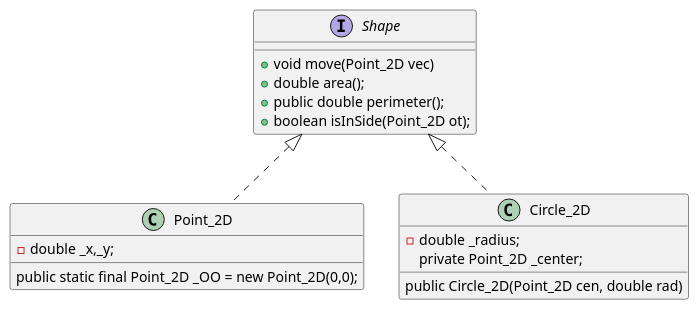
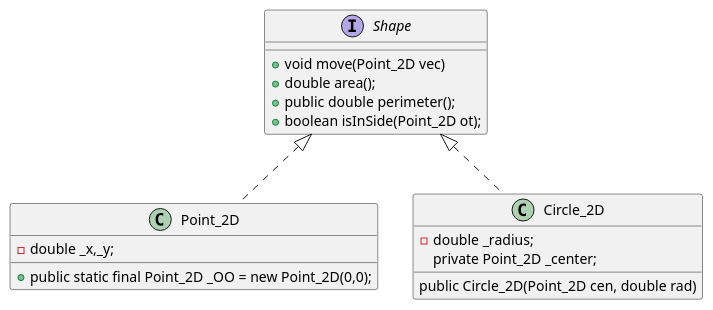
One commit to benmoshe/OOP_2021 changed the diagram in Class_Material/Week_1/src/geometrics2D/Shape.puml. Above: the diagram before and after it, drawn with PlantUML. The commit also changed 2 other files, not shown here.

```diff
--- a/Class_Material/Week_1/src/geometrics2D/Shape.puml
+++ b/Class_Material/Week_1/src/geometrics2D/Shape.puml
@@ -1,24 +1,24 @@
 @startuml
 'https://plantuml.com/class-diagram
 
 
 interface Shape {
      +void move(Point_2D vec)
      +double area();
      +public double perimeter();
      +boolean isInSide(Point_2D ot);
 }
 
 class Point_2D implements Shape {
-    public static final Point_2D _OO = new Point_2D(0,0);
+    +public static final Point_2D _OO = new Point_2D(0,0);
     -double _x,_y;
 }
 class Circle_2D implements Shape {
     -double _radius;
     private Point_2D _center;
 
     public Circle_2D(Point_2D cen, double rad)
 }
 
 
 @enduml
```
